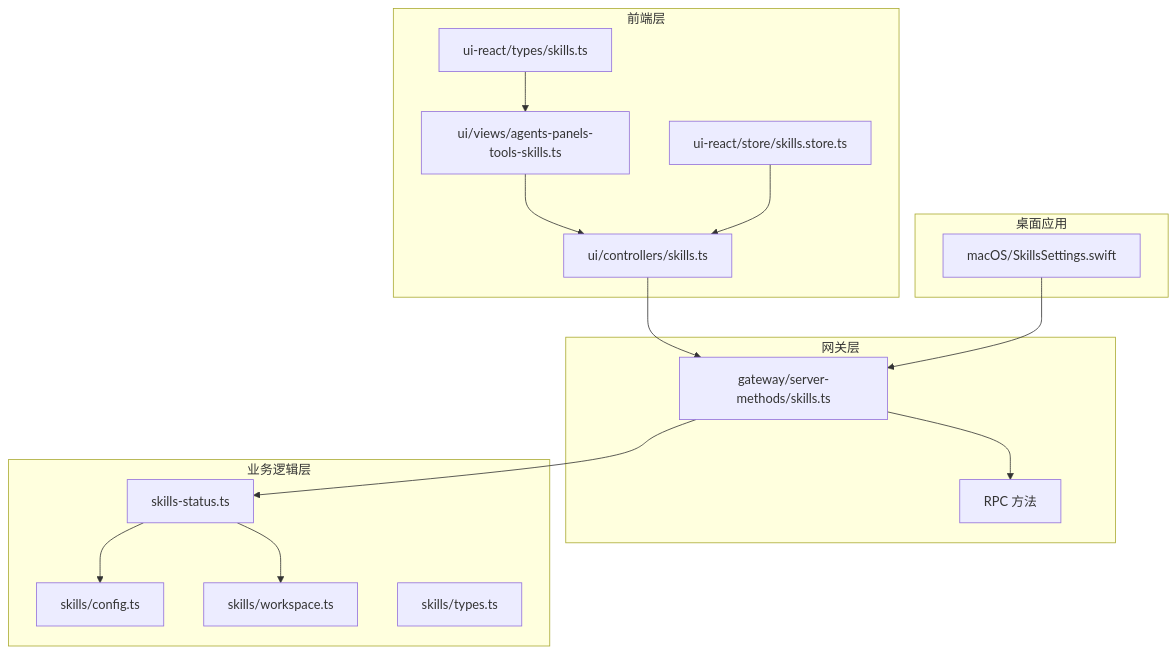
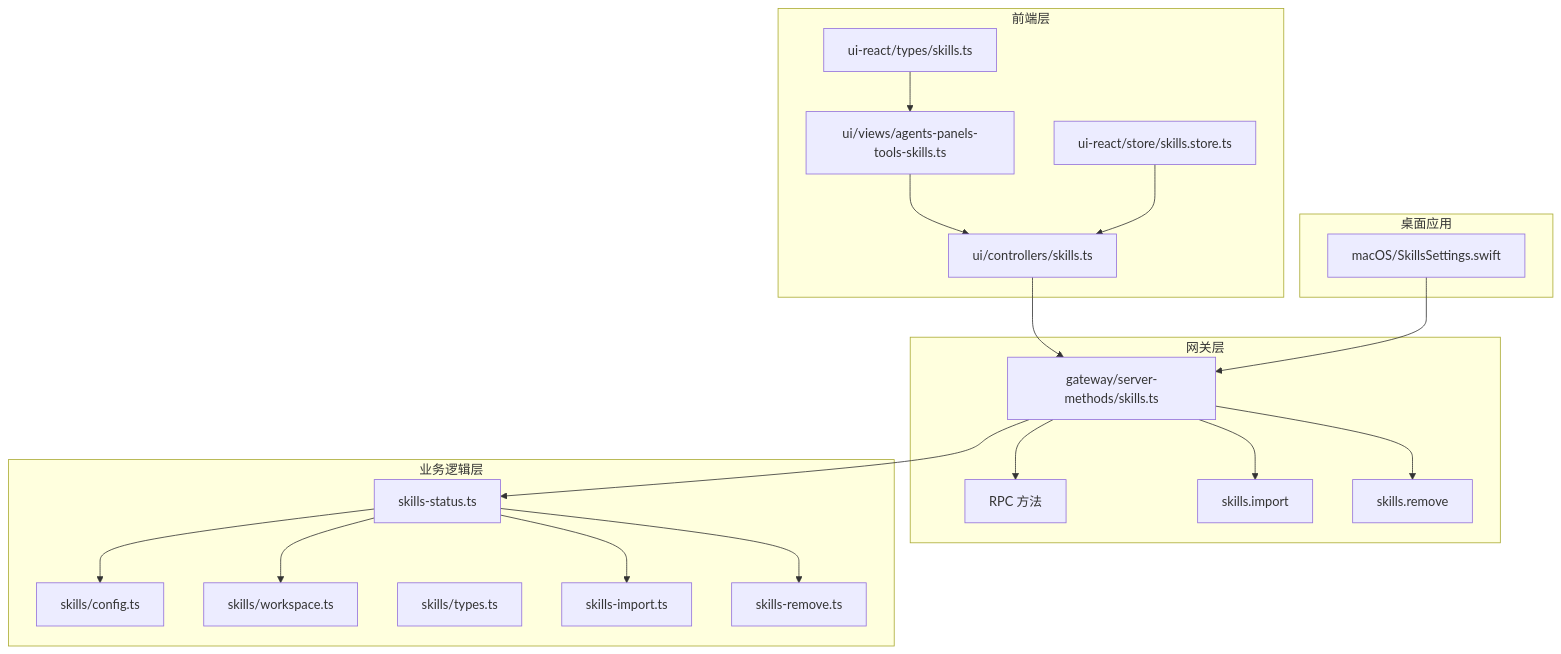
One commit to verse-ai-org/openclaw changed the first of 12 diagrams in .qoder/repowiki/zh/content/Web界面/UI组件系统/技能状态管理.md. Above: the diagram before and after it, drawn with Mermaid. The commit also changed other lines of this file and 33 other files, not shown here.

````diff
--- a/.qoder/repowiki/zh/content/Web界面/UI组件系统/技能状态管理.md
+++ b/.qoder/repowiki/zh/content/Web界面/UI组件系统/技能状态管理.md
@@ -43,31 +56,39 @@
 ```mermaid
 graph TB
 subgraph "网关层"
 GW[gateway/server-methods/skills.ts]
 RPC[RPC 方法]
+IMPORT[skills.import]
+REMOVE[skills.remove]
 end
 subgraph "业务逻辑层"
 STATUS[skills-status.ts]
 CONFIG[skills/config.ts]
 WORKSPACE[skills/workspace.ts]
 TYPES[skills/types.ts]
+IMPORT_IMPL[skills-import.ts]
+REMOVE_IMPL[skills-remove.ts]
 end
 subgraph "前端层"
 UI[ui/controllers/skills.ts]
 VIEW[ui/views/agents-panels-tools-skills.ts]
 STORE[ui-react/store/skills.store.ts]
 TYPES_UI[ui-react/types/skills.ts]
 end
 subgraph "桌面应用"
 MAC[macOS/SkillsSettings.swift]
 end
 GW --> RPC
+GW --> IMPORT
+GW --> REMOVE
 GW --> STATUS
 STATUS --> CONFIG
 STATUS --> WORKSPACE
+STATUS --> IMPORT_IMPL
+STATUS --> REMOVE_IMPL
 UI --> GW
 VIEW --> UI
 STORE --> UI
 TYPES_UI --> VIEW
 MAC --> GW
 ```
````
